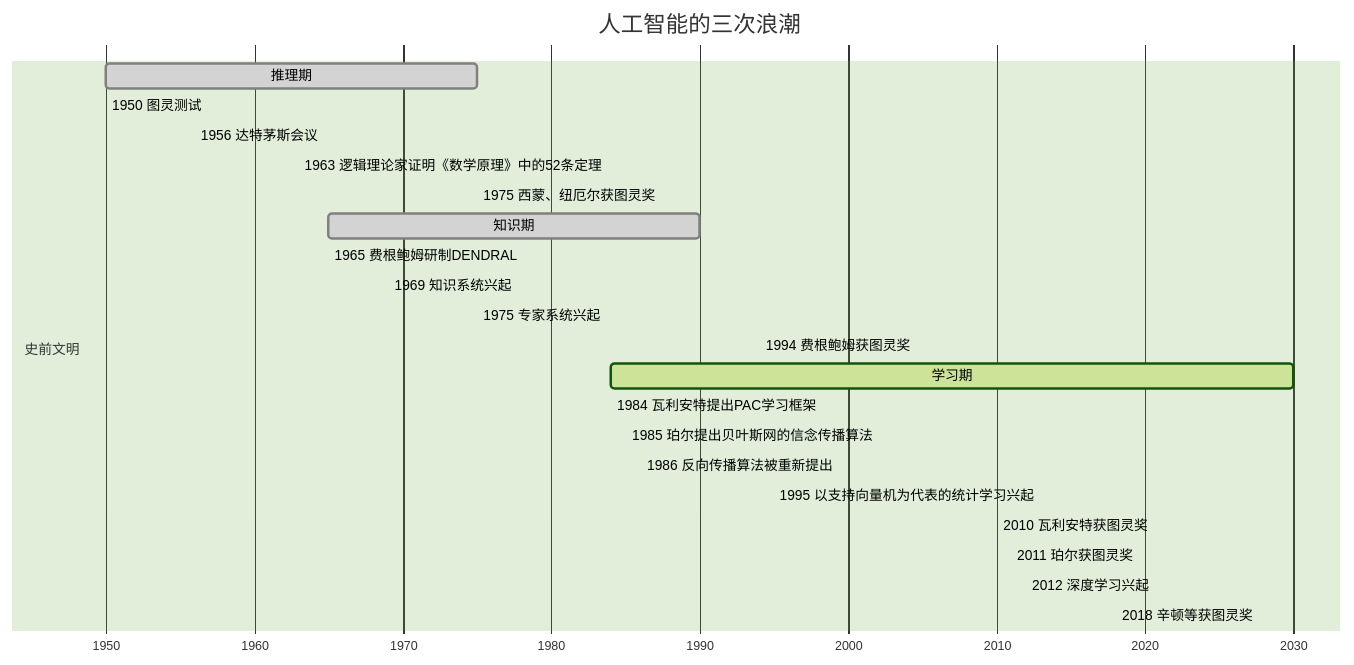
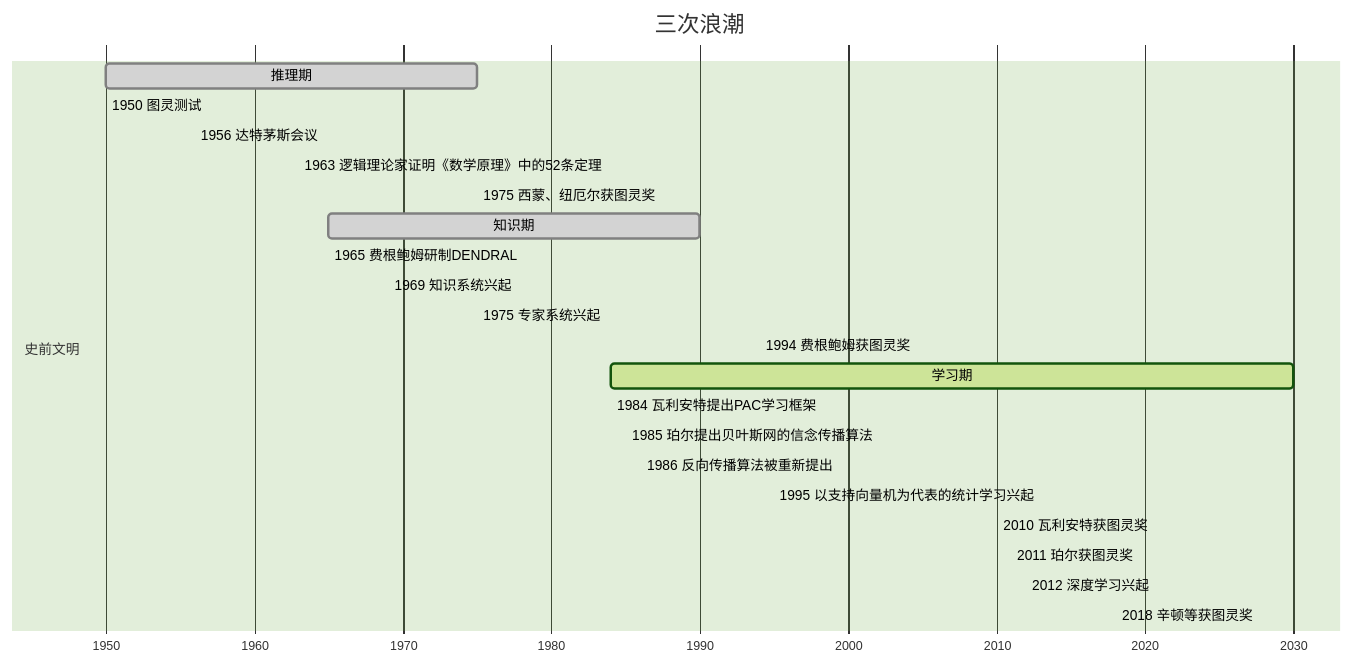
The diagram in mermaid/ai.mermaid (Avanti1980/course-ml), drawn with Mermaid (forest theme) before and after one commit. The commit also changed 251 other files, not shown here.

```diff
--- a/mermaid/ai.mermaid
+++ b/mermaid/ai.mermaid
@@ -1,29 +1,29 @@
 gantt
 todayMarker off
 dateFormat YYYY
 axisFormat %Y
-title 人工智能的三次浪潮
+title 三次浪潮
 
 section 史前文明
 
 推理期: done, 1950, 1975
 1950 图灵测试: 1950, milestone
 1956 达特茅斯会议: 1956, milestone
 1963 逻辑理论家证明《数学原理》中的52条定理: 1963, milestone
 1975 西蒙、纽厄尔获图灵奖: 1975, milestone
 
 知识期: done, 1965, 1990
 1965 费根鲍姆研制DENDRAL: 1965, milestone
 1969 知识系统兴起: 1969, milestone
 1975 专家系统兴起: 1975, milestone
 1994 费根鲍姆获图灵奖: 1994, milestone
 
 学习期: active, 1984, 2030
 1984 瓦利安特提出PAC学习框架: 1984, milestone
 1985 珀尔提出贝叶斯网的信念传播算法: 1985, milestone
 1986 反向传播算法被重新提出: 1986, milestone
 1995 以支持向量机为代表的统计学习兴起: 1995, milestone
 2010 瓦利安特获图灵奖: 2010, milestone
 2011 珀尔获图灵奖: 2011, milestone
 2012 深度学习兴起: 2012, milestone
 2018 辛顿等获图灵奖: 2018, milestone
```
